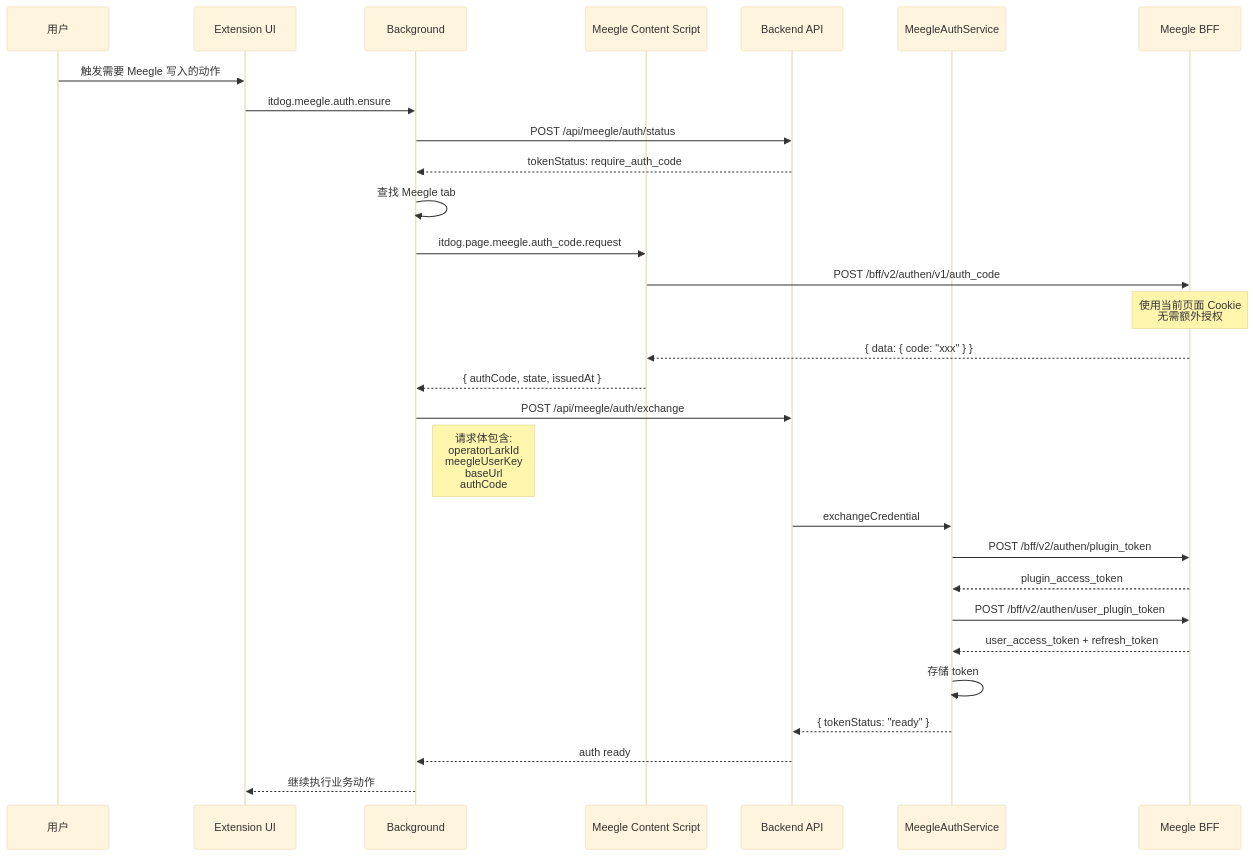
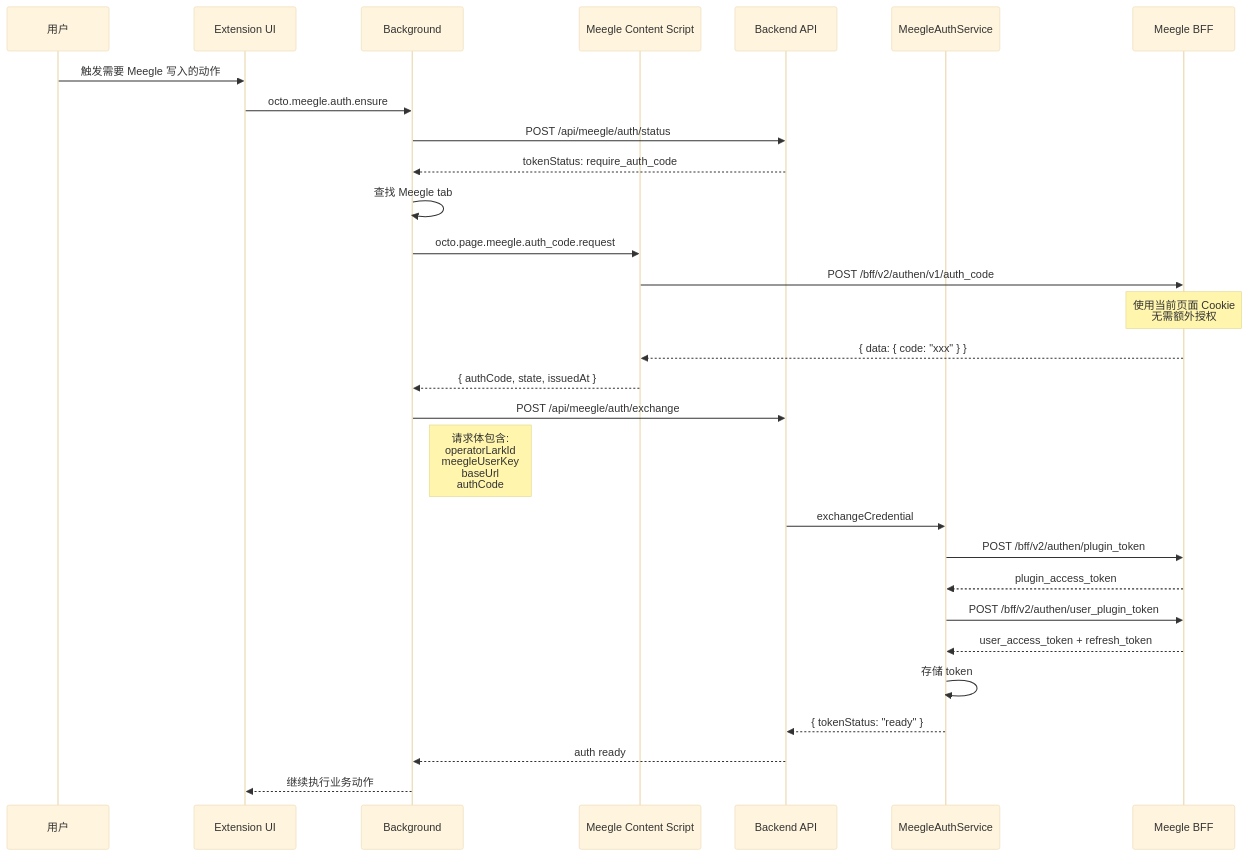
The third of 4 diagrams in docs/tenways-octo/archived/16-auth-flow-design.md (TenwaysCom/octo), drawn with Mermaid (base theme) before and after one commit. The commit also changed other lines of this file and 181 other files, not shown here.

````diff
--- a/docs/tenways-octo/archived/16-auth-flow-design.md
+++ b/docs/tenways-octo/archived/16-auth-flow-design.md
@@ -165,40 +165,40 @@
 ```mermaid
 sequenceDiagram
     participant U as 用户
     participant E as Extension UI
     participant B as Background
     participant MCS as Meegle Content Script
     participant S as Backend API
     participant MA as MeegleAuthService
     participant M as Meegle BFF
 
     U->>E: 触发需要 Meegle 写入的动作
-    E->>B: itdog.meegle.auth.ensure
+    E->>B: octo.meegle.auth.ensure
 
     B->>S: POST /api/meegle/auth/status
     S-->>B: tokenStatus: require_auth_code
 
     B->>B: 查找 Meegle tab
-    B->>MCS: itdog.page.meegle.auth_code.request
+    B->>MCS: octo.page.meegle.auth_code.request
 
     MCS->>M: POST /bff/v2/authen/v1/auth_code
     Note over M: 使用当前页面 Cookie<br/>无需额外授权
     M-->>MCS: { data: { code: "xxx" } }
 
     MCS-->>B: { authCode, state, issuedAt }
 
     B->>S: POST /api/meegle/auth/exchange
     Note right of B: 请求体包含:<br/>operatorLarkId<br/>meegleUserKey<br/>baseUrl<br/>authCode
 
     S->>MA: exchangeCredential
     MA->>M: POST /bff/v2/authen/plugin_token
     M-->>MA: plugin_access_token
 
     MA->>M: POST /bff/v2/authen/user_plugin_token
     M-->>MA: user_access_token + refresh_token
 
     MA->>MA: 存储 token
     MA-->>S: { tokenStatus: "ready" }
     S-->>B: auth ready
     B-->>E: 继续执行业务动作
 ```
````
